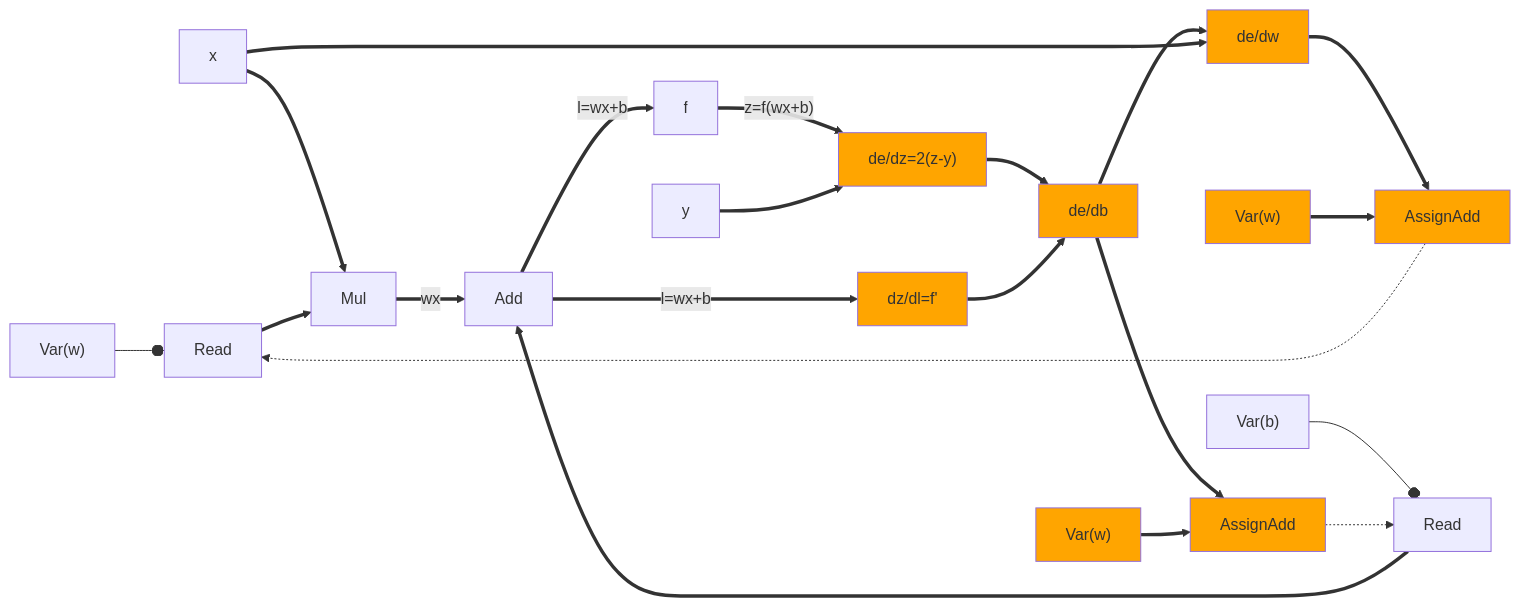
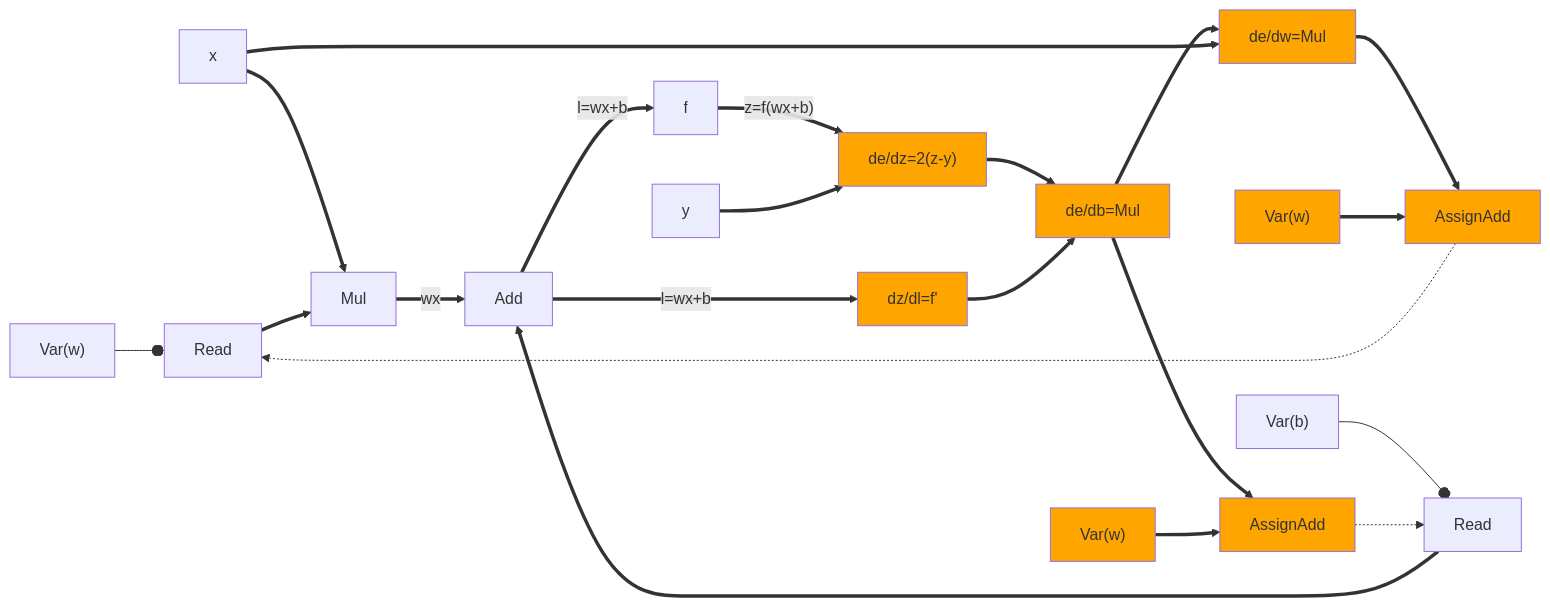
Before and after one commit to codenet/col733-cloud: the second of 3 diagrams in compute-tf.md, drawn with Mermaid. The commit also changed other lines of this file and 2 other files, not shown here.

````diff
--- a/compute-tf.md
+++ b/compute-tf.md
@@ -43,45 +47,45 @@
 ```mermaid
 graph LR
   w["Var(w)"]
 	wr[Read]
 
   b["Var(b)"]
 	br[Read]
 
 	dedz["de/dz=2(z-y)"]:::autodiff
 	dzdl["dz/dl=f'"]:::autodiff
-	dedb[de/db]:::autodiff
-	dedw[de/dw]:::autodiff
+	dedb[de/db=Mul]:::autodiff
+	dedw[de/dw=Mul]:::autodiff
 	ba[AssignAdd]:::autodiff
 	wa[AssignAdd]:::autodiff
   w2["Var(w)"]:::autodiff
   b2["Var(w)"]:::autodiff
 
 	x ==> Mul
 	w --o wr
 	wr ==> Mul
 	Mul ==> |wx| Add
 	b --o br
 	br ==> Add
 
 	Add ==> |l=wx+b| f
 	Add ==> |l=wx+b| dzdl
 	f ==> |"z=f(wx+b)"| dedz
 	y ==> dedz
 
 	dedz ==> dedb
 	dzdl ==> dedb
 	dedb ==> dedw
 	x ==> dedw
 
 	dedb ==> ba
 	b2 ==> ba
 	dedw ==> wa
 	w2 ==> wa
 
 	wa -...-> wr
 	ba -.-> br
 
 	classDef hidden display: none;
 	classDef autodiff fill: orange;
 ```
````
